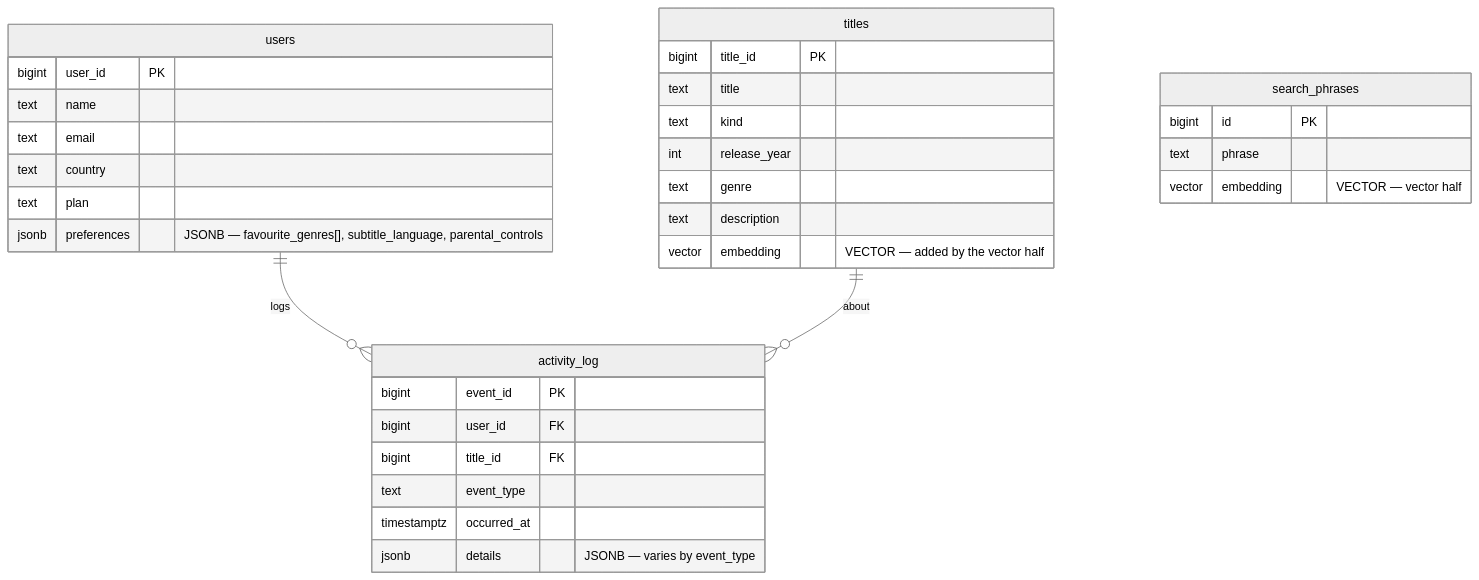
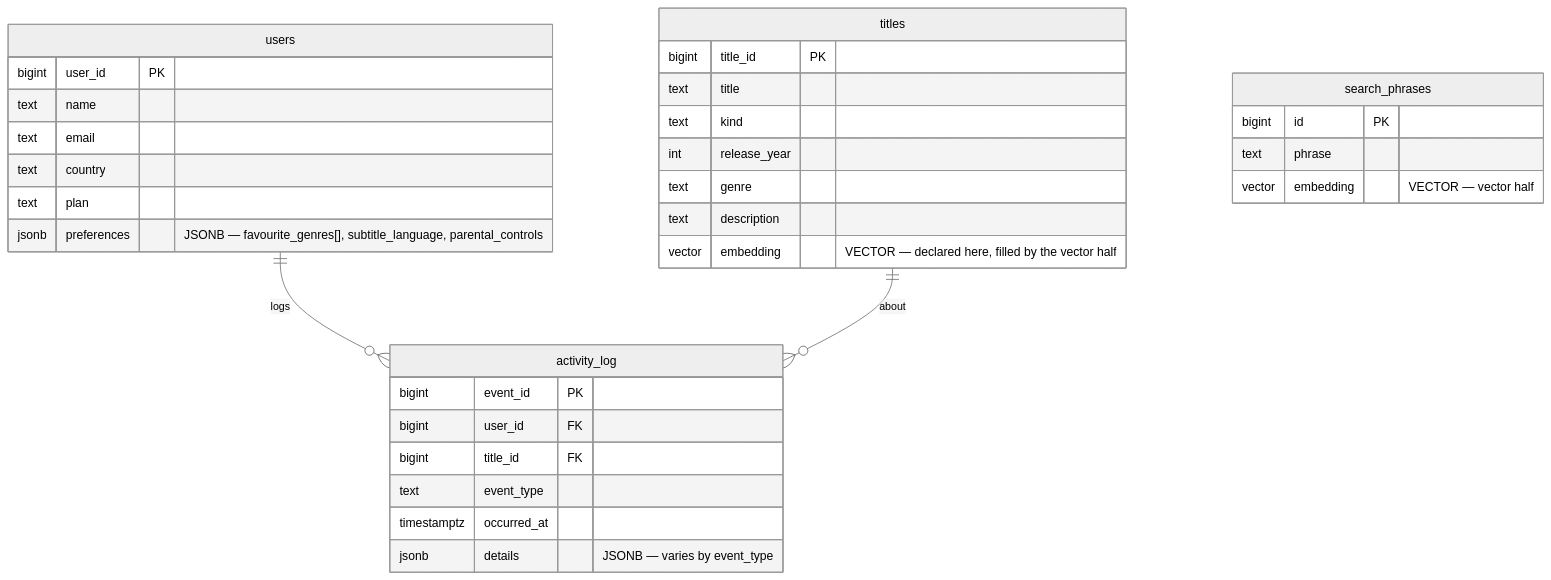
The diagram in docs/schema.md (noahjobse/advdb-activity3-Group5), drawn with Mermaid (neutral theme) before and after one commit. The commit also changed 2 other files, not shown here.

Commit message:
Pre-declare titles.embedding + pgvector so the vector half composes
Instructor's embeddings notebook does CREATE TABLE IF NOT EXISTS titles
with an embedding vector(384) column; our schema created titles without
it, so the two would collide. Declare the column (NULL) and the pgvector
extension in 01_schema.sql, switch the test container + README to
pgvector/pgvector:pg16, and note the composition in README + schema.md.

Claude-Session: https://claude.ai/code/session_01Lk8jrk8pXYKws7N6M75drr

````diff
--- a/docs/schema.md
+++ b/docs/schema.md
@@ -7,36 +7,36 @@
 ```mermaid
 erDiagram
     users ||--o{ activity_log : logs
     titles ||--o{ activity_log : about
 
     users {
         bigint user_id PK
         text   name
         text   email
         text   country
         text   plan
         jsonb  preferences "JSONB — favourite_genres[], subtitle_language, parental_controls"
     }
     titles {
         bigint title_id PK
         text   title
         text   kind
         int    release_year
         text   genre
         text   description
-        vector embedding "VECTOR — added by the vector half"
+        vector embedding "VECTOR — declared here, filled by the vector half"
     }
     activity_log {
         bigint      event_id PK
         bigint      user_id FK
         bigint      title_id FK
         text        event_type
         timestamptz occurred_at
         jsonb       details "JSONB — varies by event_type"
     }
     search_phrases {
         bigint id PK
         text   phrase
         vector embedding "VECTOR — vector half"
     }
 ```
````
